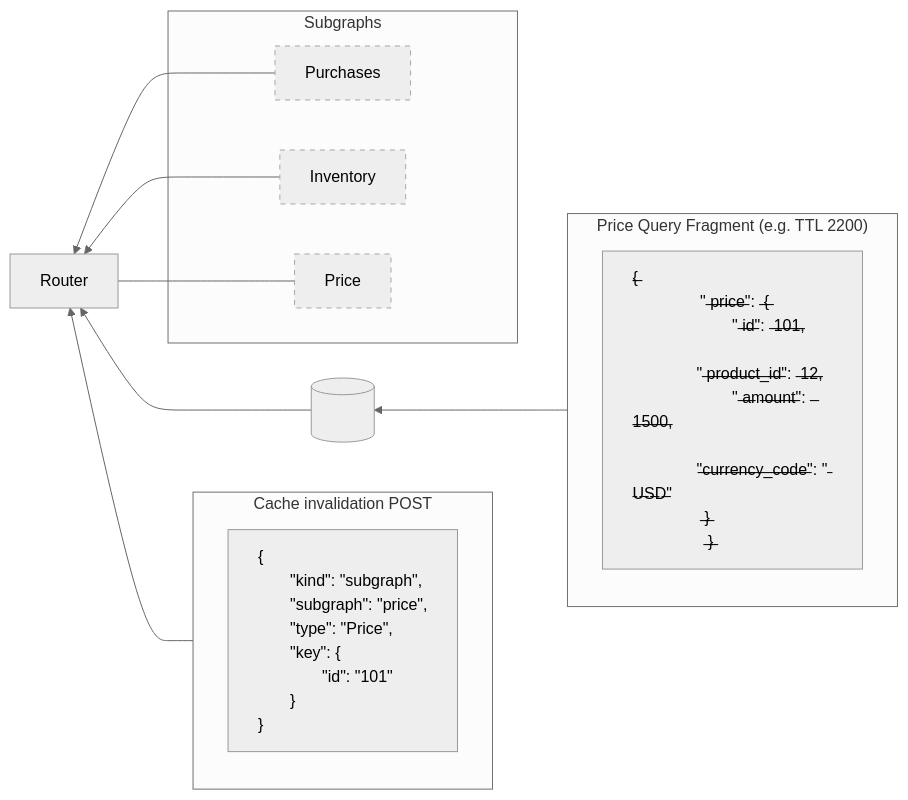
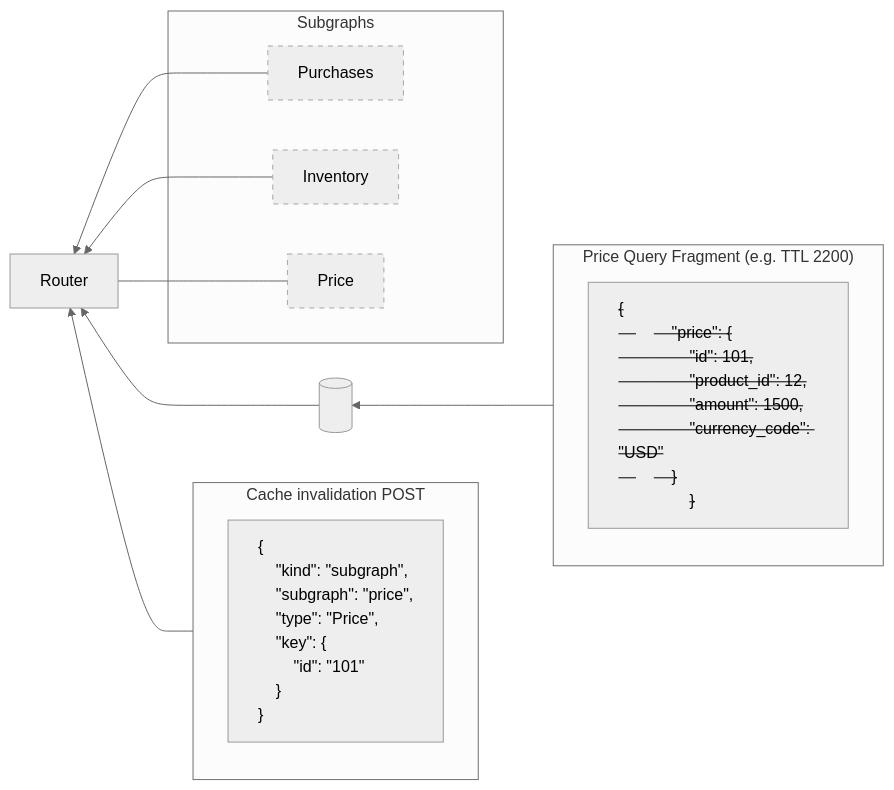
Before and after one commit to apollographql/router: the second of 2 diagrams in docs/source/routing/performance/caching/entity.mdx, drawn with Mermaid (neutral theme).

Commit message:
docs: fix entity cache mermaid diagram (#6568)

````diff
--- a/docs/source/routing/performance/caching/entity.mdx
+++ b/docs/source/routing/performance/caching/entity.mdx
@@ -218,47 +218,46 @@
 ```mermaid
-
 flowchart RL
 	subgraph QueryResponse["Cache invalidation POST"]
 		n1["{
-			&emsp;&emsp;&quot;kind&quot;: &quot;subgraph&quot;,
-			&emsp;&emsp;&quot;subgraph&quot;: &quot;price&quot;,
-			&emsp;&emsp;&quot;type&quot;: &quot;Price&quot;,
-			&emsp;&emsp;&quot;key&quot;: {
-			&emsp;&emsp;&emsp;&emsp;&quot;id&quot;: &quot;101&quot;
-			&emsp;&emsp;}
+			&nbsp;&nbsp;&nbsp;&nbsp;&quot;kind&quot;: &quot;subgraph&quot;,
+			&nbsp;&nbsp;&nbsp;&nbsp;&quot;subgraph&quot;: &quot;price&quot;,
+			&nbsp;&nbsp;&nbsp;&nbsp;&quot;type&quot;: &quot;Price&quot;,
+			&nbsp;&nbsp;&nbsp;&nbsp;&quot;key&quot;: {
+			&nbsp;&nbsp;&nbsp;&nbsp;&nbsp;&nbsp;&nbsp;&nbsp;&quot;id&quot;: &quot;101&quot;
+			&nbsp;&nbsp;&nbsp;&nbsp;}
 		}"]
     end
 
 	subgraph Subgraphs["Subgraphs"]
 		Purchases["Purchases"]
 		Inventory["Inventory"]
 		Price["Price"]
 	end
 
 	subgraph PriceQueryFragment["Price Query Fragment (e.g. TTL 2200)"]
-		n2[" ̶{̶
-    	&emsp;&emsp;&quot; ̶p̶r̶i̶c̶e̶&quot;:  ̶{̶
-        &emsp;&emsp;&emsp;&emsp;&quot; ̶i̶d̶&quot;:  ̶1̶0̶1̶,
-        &emsp;&emsp;&emsp;&emsp;&quot; ̶p̶r̶o̶d̶u̶c̶t̶_̶i̶d̶&quot;:  ̶1̶2̶,
-        &emsp;&emsp;&emsp;&emsp;&quot; ̶a̶m̶o̶u̶n̶t̶&quot;:  ̶1̶5̶0̶0̶,
-        &emsp;&emsp;&emsp;&emsp;&quot;̶c̶u̶r̶r̶e̶n̶c̶y̶_̶c̶o̶d̶e̶&quot;: &quot; ̶U̶S̶D̶&quot;
-    	&emsp;&emsp; ̶}̶
-		 ̶}̶"]
+		n2["<del>{
+    	&nbsp;&nbsp;&nbsp;&nbsp;&quot;price&quot;: {
+        &nbsp;&nbsp;&nbsp;&nbsp;&nbsp;&nbsp;&nbsp;&nbsp;&quot;id&quot;: 101,
+        &nbsp;&nbsp;&nbsp;&nbsp;&nbsp;&nbsp;&nbsp;&nbsp;&quot;product_id&quot;: 12,
+        &nbsp;&nbsp;&nbsp;&nbsp;&nbsp;&nbsp;&nbsp;&nbsp;&quot;amount&quot;: 1500,
+        &nbsp;&nbsp;&nbsp;&nbsp;&nbsp;&nbsp;&nbsp;&nbsp;&quot;currency_code&quot;: &quot;USD&quot;
+    	&nbsp;&nbsp;&nbsp;&nbsp;}
+		}</del>"]
 	end
 
 	Router
-	Database[("&emsp;&emsp;&emsp;")]
+	Database[("&nbsp;&nbsp;&nbsp;&nbsp;")]
 
     QueryResponse --> Router
 	Purchases --> Router
 	Inventory --> Router
 	Price --- Router
 	PriceQueryFragment --> Database
 	Database --> Router
 
 	style n1 text-align:left
 	style Price border:none,stroke-width:1px,stroke-dasharray:5 5,stroke:#A6A6A6
 	style Purchases border:none,stroke-width:1px,stroke-dasharray:5 5,stroke:#A6A6A6
 	style Inventory border:none,stroke-width:1px,stroke-dasharray:5 5,stroke:#A6A6A6
 	style n2 text-align:left
 ```
````
